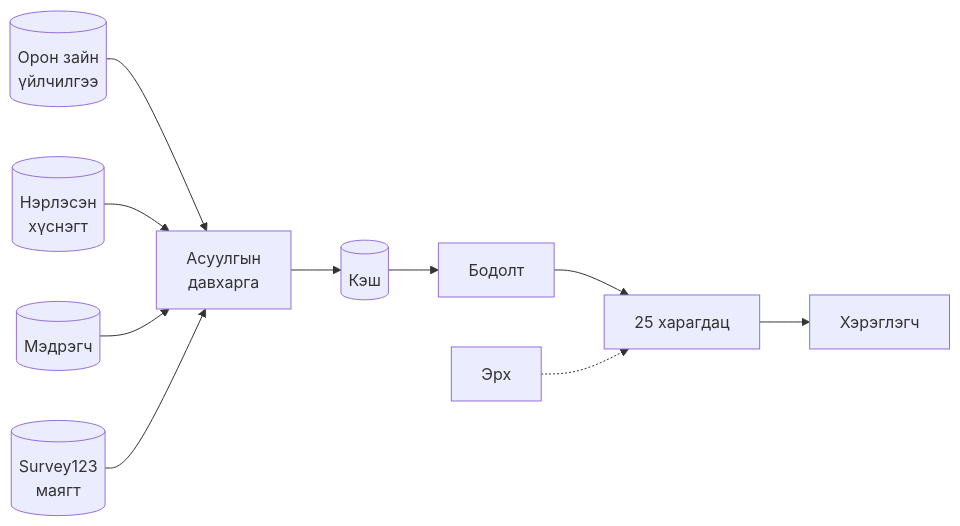
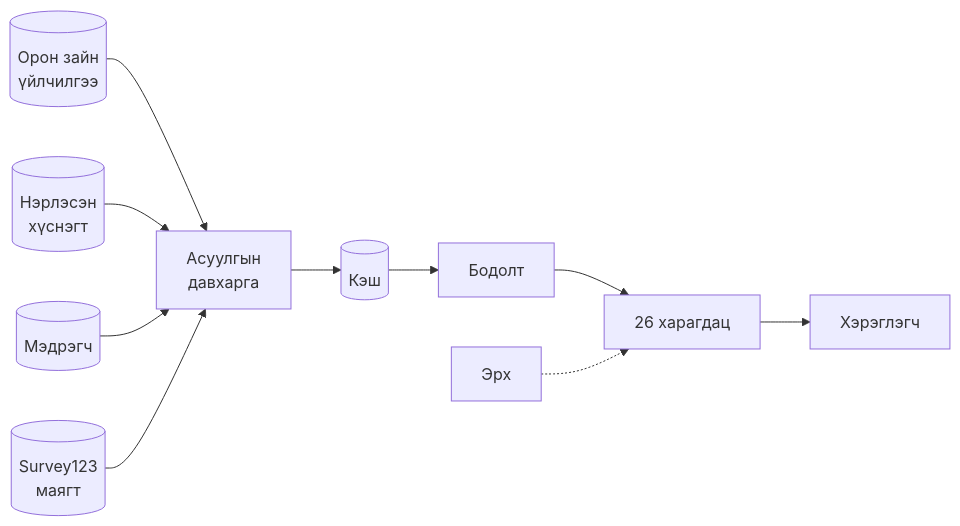
One commit to monmapgisteam-oss/Selbe_db changed the diagram in docs/SYSTEM.md. Above: the diagram before and after it, drawn with Mermaid. The commit also changed other lines of this file and 27 other files, not shown here.

````diff
--- a/docs/SYSTEM.md
+++ b/docs/SYSTEM.md
@@ -46,12 +46,12 @@
 ```mermaid
 flowchart LR
   SPACE[(Орон зайн<br/>үйлчилгээ)] --> Q[Асуулгын<br/>давхарга]
   TABLE[(Нэрлэсэн<br/>хүснэгт)] --> Q
   IOT[(Мэдрэгч)] --> Q
   FORM[(Survey123<br/>маягт)] --> Q
   Q --> CACHE[(Кэш)]
   CACHE --> CALC[Бодолт]
-  CALC --> VIEW[25 харагдац]
+  CALC --> VIEW[26 харагдац]
   VIEW --> USER[Хэрэглэгч]
   ACL[Эрх] -.-> VIEW
 ```
````
